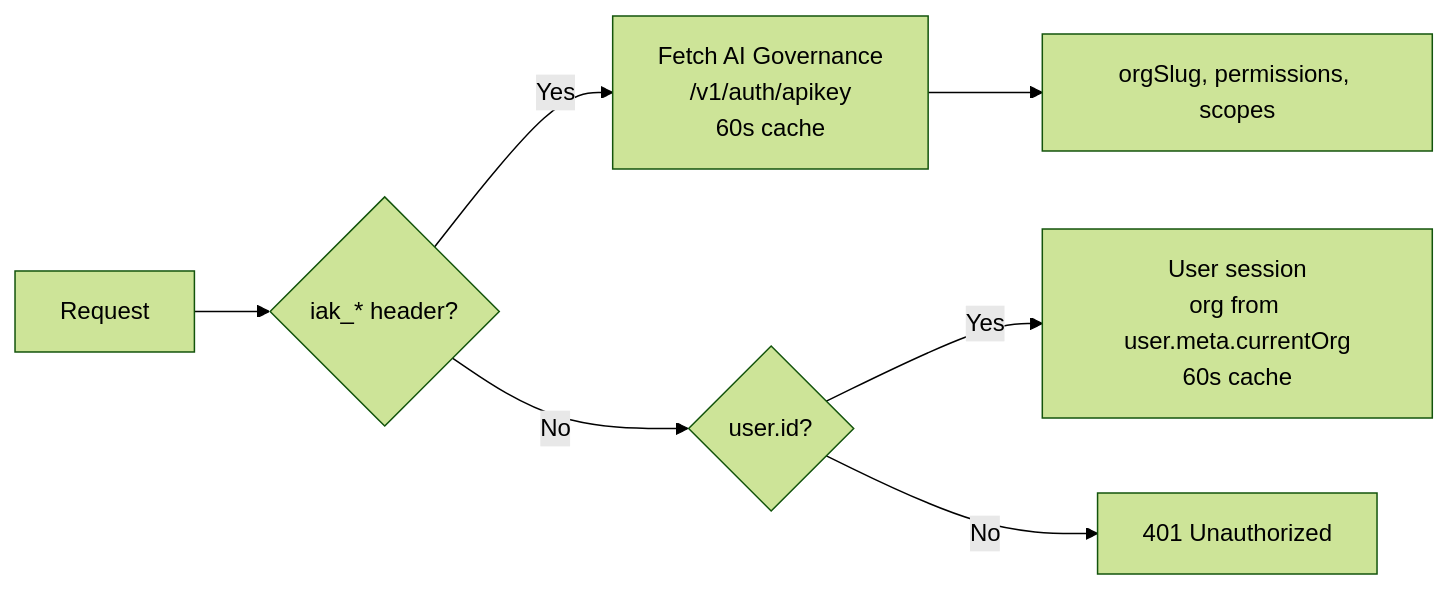
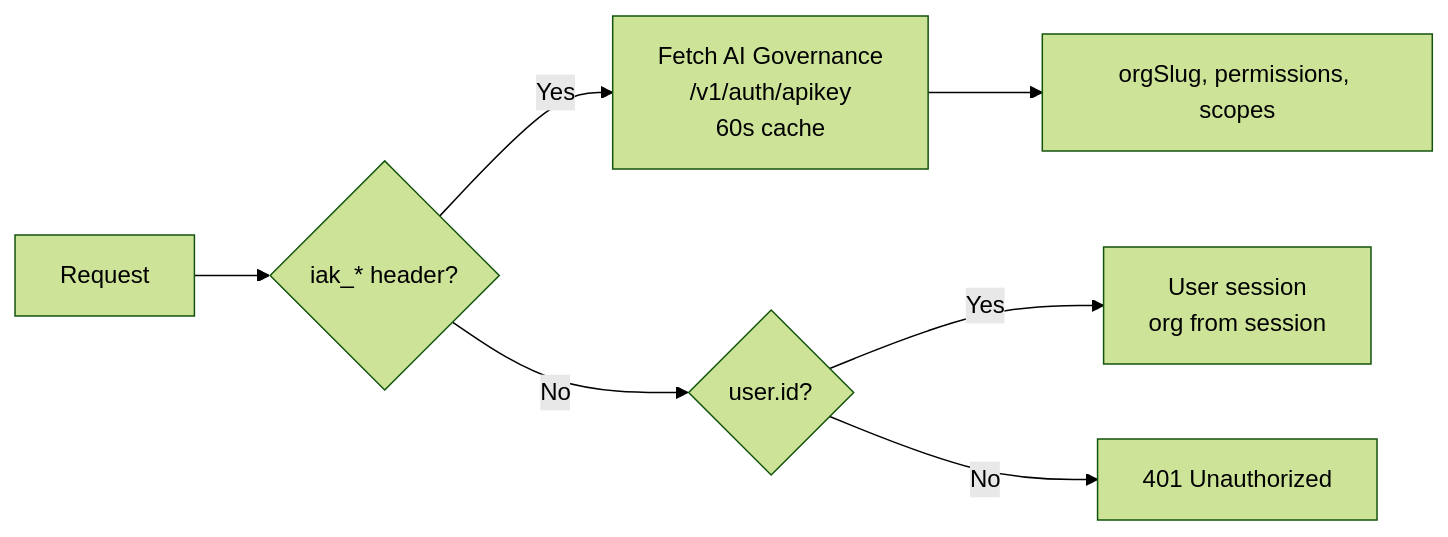
The second of 6 diagrams in architecture/authentication.mdx (prismeai/docs), drawn with Mermaid (forest theme) before and after one commit. The commit also changed other lines of this file and 33 other files, not shown here.

````diff
--- a/architecture/authentication.mdx
+++ b/architecture/authentication.mdx
@@ -93,9 +155,9 @@
 ```mermaid
 flowchart LR
     REQ[Request] --> IAK{iak_* header?}
     IAK -->|Yes| GOV[Fetch AI Governance\n/v1/auth/apikey\n60s cache]
     GOV --> RES1[orgSlug, permissions, scopes]
     IAK -->|No| UID{user.id?}
-    UID -->|Yes| SESS[User session\norg from user.meta.currentOrg\n60s cache]
+    UID -->|Yes| SESS[User session\norg from session]
     UID -->|No| ERR[401 Unauthorized]
 ```
````
